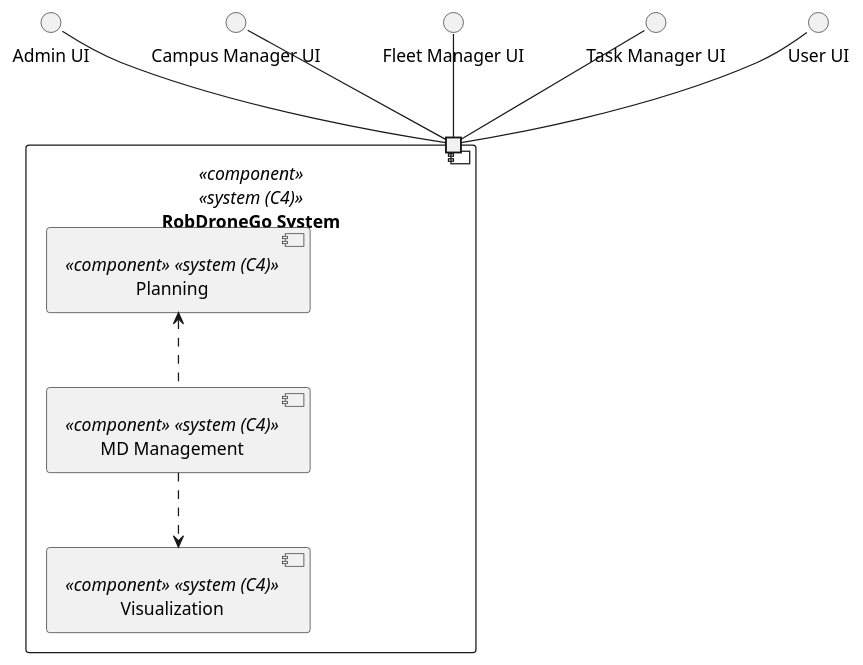
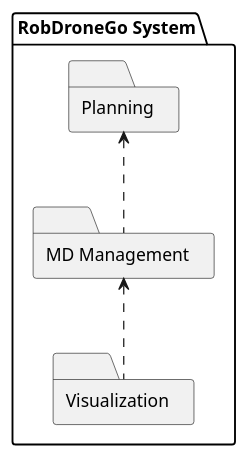
Before and after one commit to miseEnPlace-dev/lapr5: the diagram in _wiki/views/level-2/implementation-view/implementation-view.puml, drawn with PlantUML. The commit also changed 14 other files, not shown here.

```diff
--- a/_wiki/views/level-2/implementation-view/implementation-view.puml
+++ b/_wiki/views/level-2/implementation-view/implementation-view.puml
@@ -1,35 +1,19 @@
 @startuml implementation-view
 
-interface "Admin UI" as AUI
-interface "Campus Manager UI" as CUI
-interface "Fleet Manager UI" as FUI
-interface "Task Manager UI" as TUI
-interface "User UI" as UUI
-
-component "RobDroneGo System" <<component>> <<system (C4)>> {
-  portin " " as P1
-
+package "RobDroneGo System" {
   
-  component "Visualization" as V <<component>> <<system (C4)>> {
+  folder "Visualization" as V {
   }
 
-  component "MD Management" as MDM <<component>> <<system (C4)>> {
+  folder "MD Management" as MDM {
   }
 
-  component "Planning" as P <<component>> <<system (C4)>> {
+  folder "Planning" as P {
   }
 }
 
 
-' V -- MDM
-MDM ..> V
+MDM <.. V
 P <.. MDM
-' P -- V
-
-AUI -- P1
-CUI -- P1
-FUI -- P1
-TUI -- P1
-UUI -- P1
 
 @enduml
```
